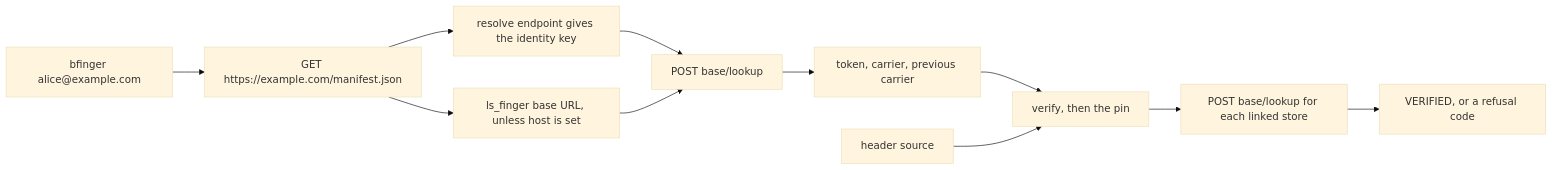
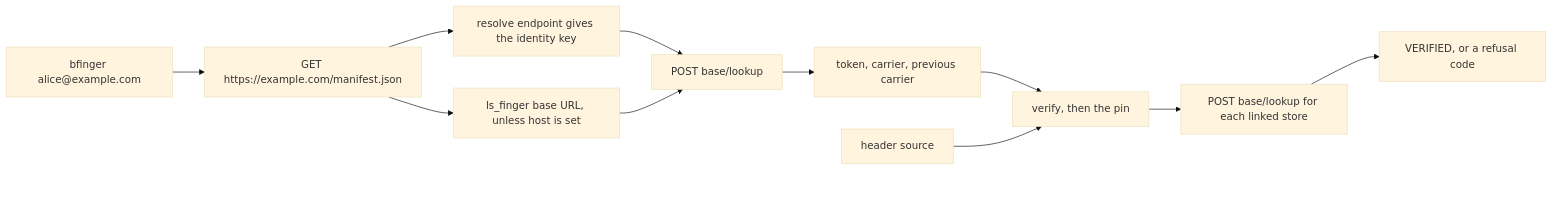
Before and after one commit to lightwebinc/bfinger: the first of 5 diagrams in docs/user-guide.md, drawn with Mermaid (base theme). The commit also changed other lines of this file and 9 other files, not shown here.

First line of the commit message:
[Fix] diagrams: a spacer where the viewer's controls land

````diff
--- a/docs/user-guide.md
+++ b/docs/user-guide.md
@@ -121,13 +121,18 @@
 ```mermaid
 flowchart LR
   A["bfinger alice@example.com"] --> B["GET https://example.com/manifest.json"]
   B --> D["resolve endpoint gives the identity key"]
   B --> E["ls_finger base URL, unless host is set"]
   D --> F["POST base/lookup"]
   E --> F
   F --> G["token, carrier, previous carrier"]
   G --> H["verify, then the pin"]
   I["header source"] --> H
   H --> J["POST base/lookup for each linked store"]
   J --> K["VERIFIED, or a refusal code"]
+  %% The last node is an invisible spacer in the rightmost rank: the rendered
+  %% viewer places its zoom and pan controls over the bottom-right corner.
+  J ~~~ pad
+  pad["&nbsp;<br/>&nbsp;<br/>&nbsp;<br/>&nbsp;<br/>&nbsp;"]:::pad
+  classDef pad fill:none,stroke:none,color:transparent
 ```
````
